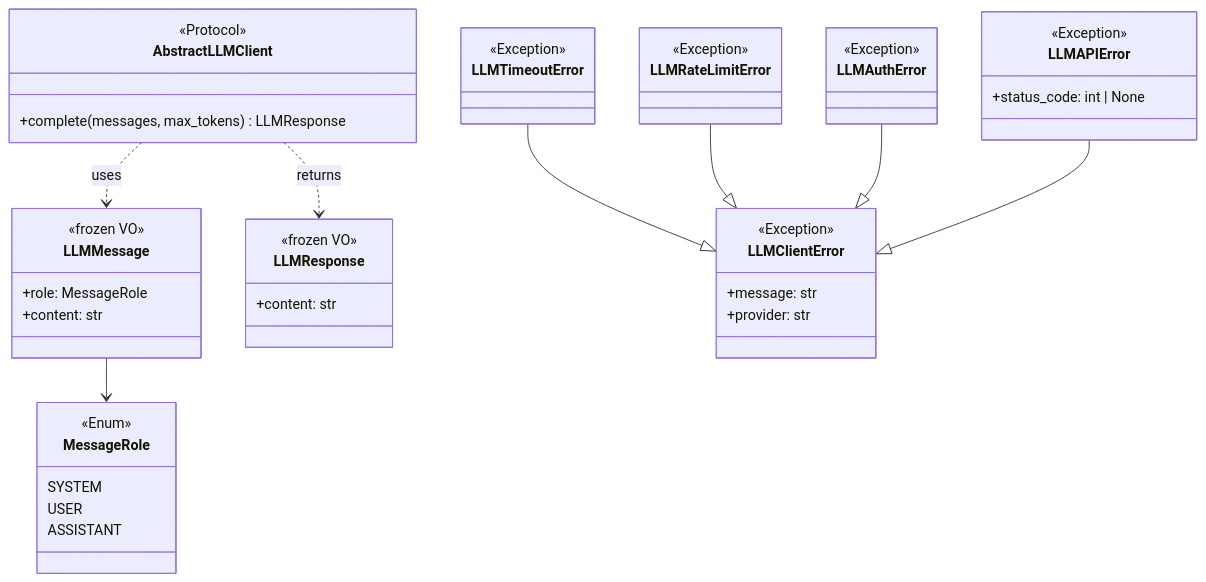
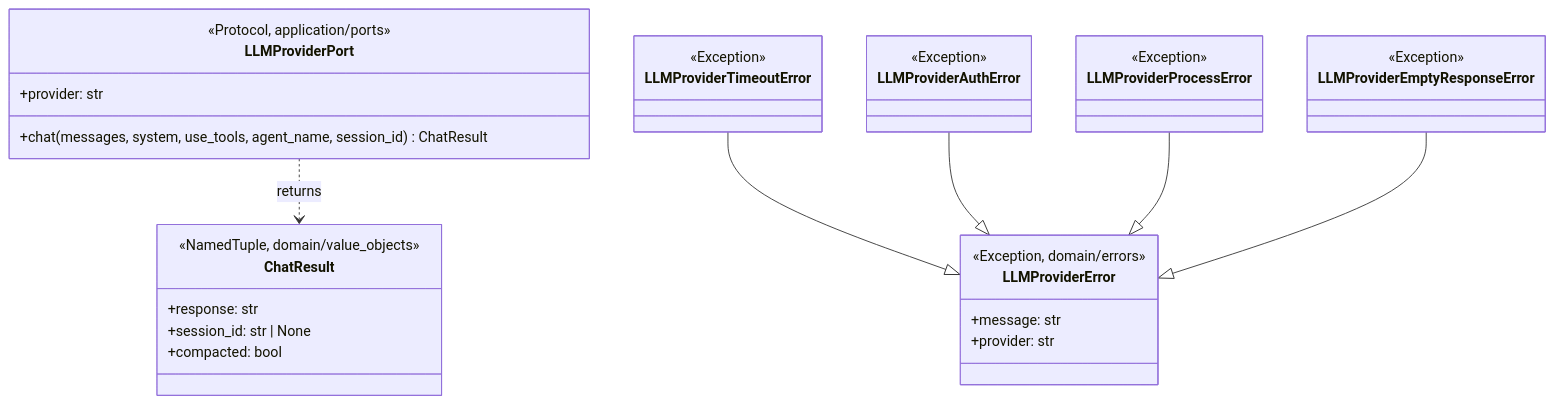
Before and after one commit to bakufu-dev/bakufu: the first of 2 diagrams in docs/features/llm-client/domain/basic-design.md, drawn with Mermaid. The commit also changed other lines of this file and 1 other file, not shown here.

First line of the commit message:
docs(#123): llm-client/domain を LLMProviderPort 専用設計に全面書き換え

````diff
--- a/docs/features/llm-client/domain/basic-design.md
+++ b/docs/features/llm-client/domain/basic-design.md
@@ -95,56 +91,28 @@
 ```mermaid
 classDiagram
-    class AbstractLLMClient {
-        <<Protocol>>
-        +complete(messages, max_tokens) LLMResponse
+    class LLMProviderPort {
+        <<Protocol, application/ports>>
+        +provider: str
+        +chat(messages, system, use_tools, agent_name, session_id) ChatResult
     }
-
-    class LLMMessage {
-        <<frozen VO>>
-        +role: MessageRole
-        +content: str
+    class ChatResult {
+        <<NamedTuple, domain/value_objects>>
+        +response: str
+        +session_id: str | None
+        +compacted: bool
     }
-
-    class LLMResponse {
-        <<frozen VO>>
-        +content: str
-    }
-
-    class MessageRole {
-        <<Enum>>
-        SYSTEM
-        USER
-        ASSISTANT
-    }
-
-    class LLMClientError {
-        <<Exception>>
+    class LLMProviderError {
+        <<Exception, domain/errors>>
         +message: str
         +provider: str
     }
-
-    class LLMTimeoutError {
-        <<Exception>>
-    }
-
-    class LLMRateLimitError {
-        <<Exception>>
-    }
-
-    class LLMAuthError {
-        <<Exception>>
-    }
-
-    class LLMAPIError {
-        <<Exception>>
-        +status_code: int | None
-    }
-
-    LLMMessage --> MessageRole
-    AbstractLLMClient ..> LLMMessage : uses
-    AbstractLLMClient ..> LLMResponse : returns
-    LLMTimeoutError --|> LLMClientError
-    LLMRateLimitError --|> LLMClientError
-    LLMAuthError --|> LLMClientError
-    LLMAPIError --|> LLMClientError
+    class LLMProviderTimeoutError { <<Exception>> }
+    class LLMProviderAuthError { <<Exception>> }
+    class LLMProviderProcessError { <<Exception>> }
+    class LLMProviderEmptyResponseError { <<Exception>> }
+    LLMProviderPort ..> ChatResult : returns
+    LLMProviderTimeoutError --|> LLMProviderError
+    LLMProviderAuthError --|> LLMProviderError
+    LLMProviderProcessError --|> LLMProviderError
+    LLMProviderEmptyResponseError --|> LLMProviderError
 ```
````
